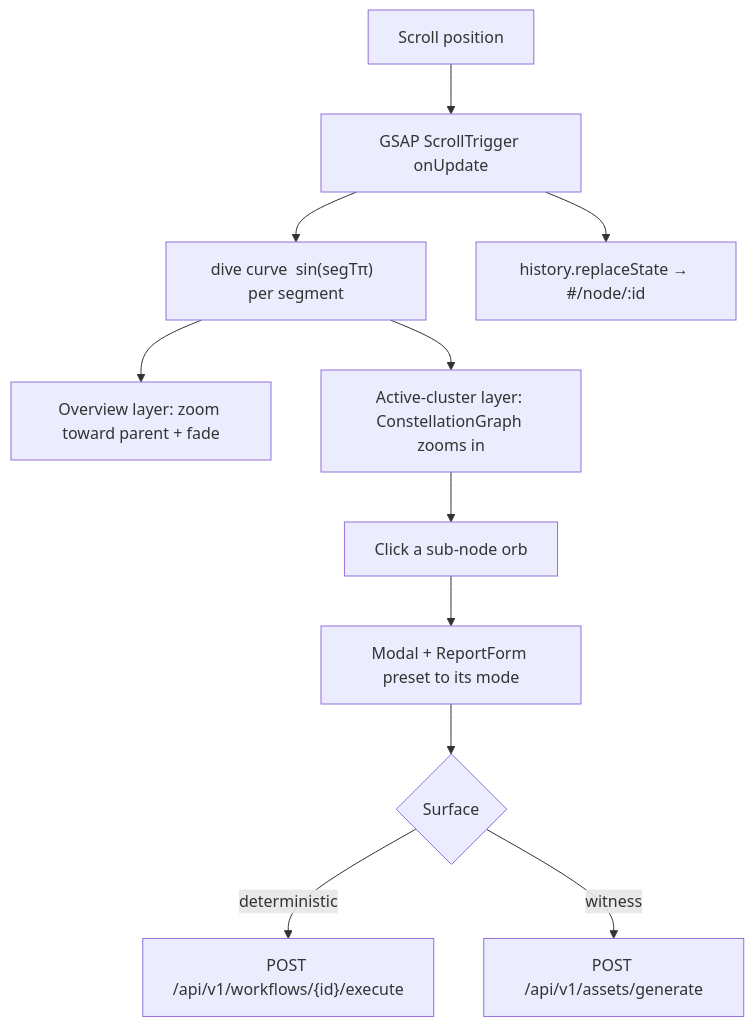
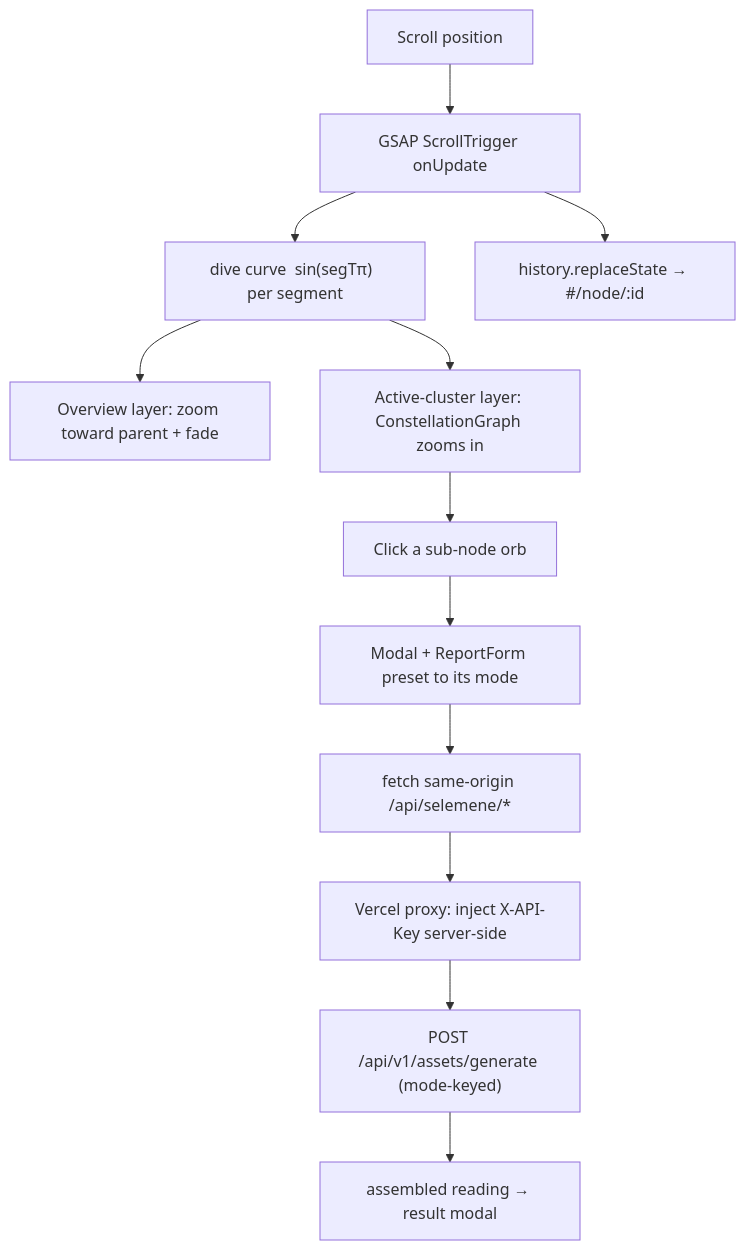
One commit to Sheshiyer/urania-137 changed the diagram in README.md. Above: the diagram before and after it, drawn with Mermaid. The commit also changed other lines of this file and 1 other file, not shown here.

First line of the commit message:
docs+chore: reflect proxy architecture in README; drop diagnostic ping

````diff
--- a/README.md
+++ b/README.md
@@ -99,13 +107,14 @@
 ```mermaid
 graph TD
     S[Scroll position] --> ST[GSAP ScrollTrigger onUpdate]
     ST --> D["dive curve  sin(segTπ)  per segment"]
     D --> OV[Overview layer: zoom toward parent + fade]
     D --> CL[Active-cluster layer: ConstellationGraph zooms in]
     ST --> URL["history.replaceState → #/node/:id"]
     CL --> K[Click a sub-node orb]
     K --> M[Modal + ReportForm preset to its mode]
-    M --> F{Surface}
-    F -->|deterministic| G["POST /api/v1/workflows/{id}/execute"]
-    F -->|witness| H[POST /api/v1/assets/generate]
+    M --> P["fetch same-origin /api/selemene/*"]
+    P --> PX["Vercel proxy: inject X-API-Key server-side"]
+    PX --> H["POST /api/v1/assets/generate (mode-keyed)"]
+    H --> R["assembled reading → result modal"]
 ```
````
